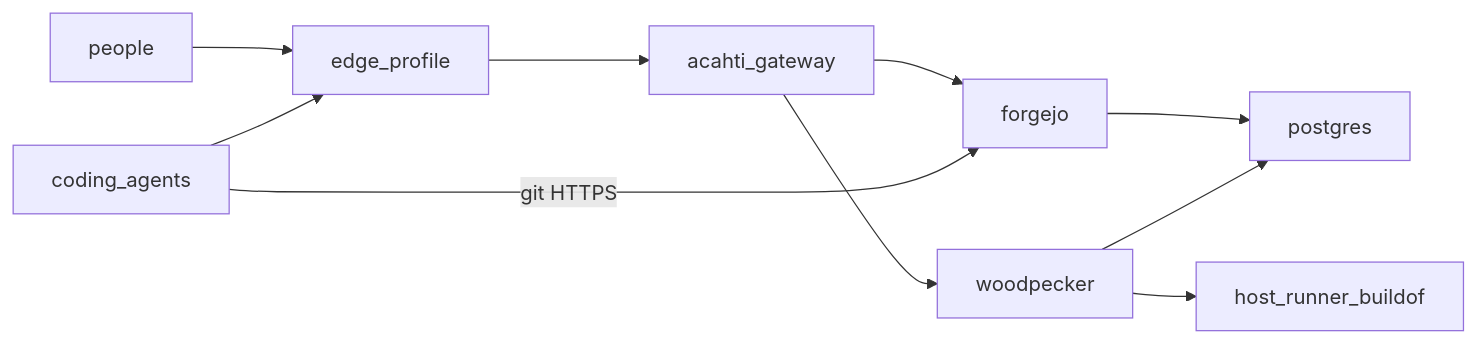
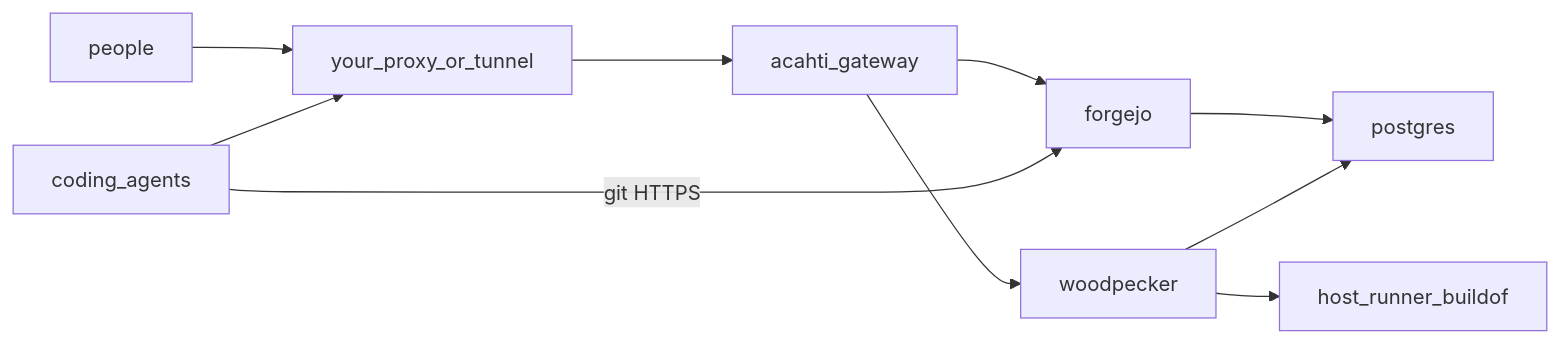
The diagram in README.md (lpythu/acahti), drawn with Mermaid before and after one commit. The commit also changed other lines of this file and 16 other files, not shown here.

````diff
--- a/README.md
+++ b/README.md
@@ -11,21 +11,21 @@
 ```mermaid
 flowchart LR
   people[people]
   agents[coding_agents]
-  edge[edge_profile]
+  yourEdge[your_proxy_or_tunnel]
   gw[acahti_gateway]
   fj[forgejo]
   wp[woodpecker]
   pg[postgres]
   buildof[host_runner_buildof]
 
-  people --> edge
-  agents --> edge
-  edge --> gw
+  people --> yourEdge
+  agents --> yourEdge
+  yourEdge --> gw
   gw --> fj
   gw --> wp
   fj --> pg
   wp --> pg
   wp --> buildof
   agents -->|"git HTTPS"| fj
 ```
````
